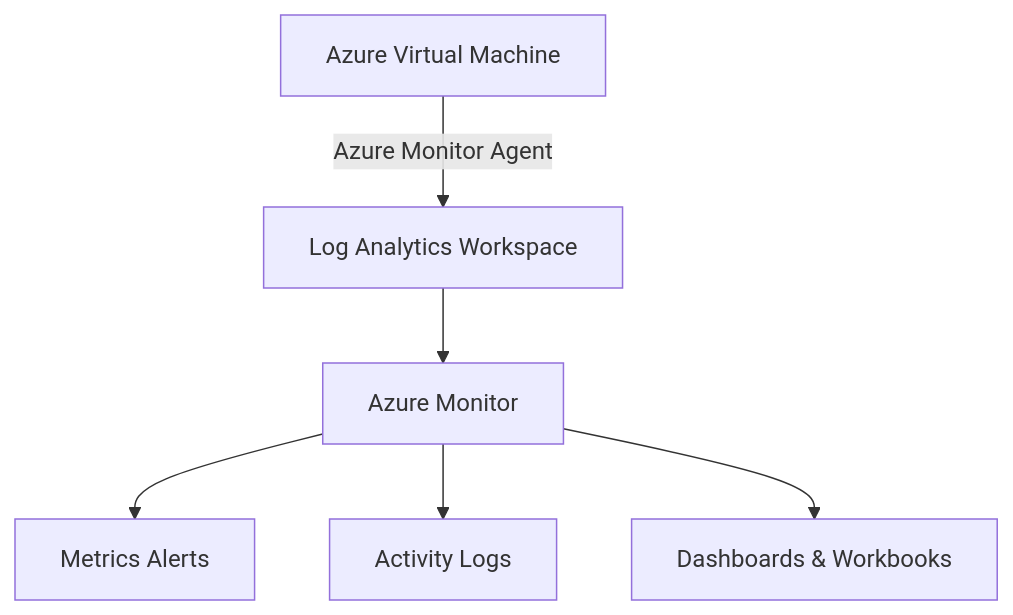
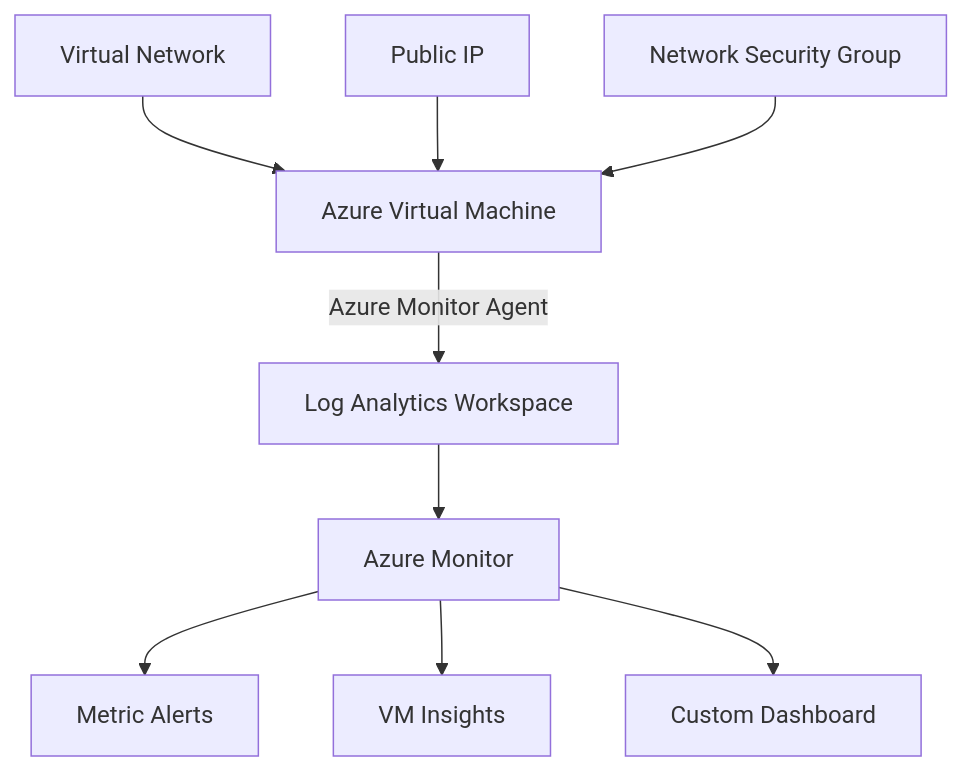
One commit to atulkamble/azure-monitor-project changed the diagram in README.md. Above: the diagram before and after it, drawn with Mermaid. The commit also changed other lines of this file, not shown here.

````diff
--- a/README.md
+++ b/README.md
@@ -18,8 +18,11 @@
 ```mermaid
 flowchart TD
     A[Azure Virtual Machine] -->|Azure Monitor Agent| B[Log Analytics Workspace]
     B --> C[Azure Monitor]
-    C --> D[Metrics Alerts]
-    C --> E[Activity Logs]
-    C --> F[Dashboards & Workbooks]
+    C --> D[Metric Alerts]
+    C --> E[VM Insights]
+    C --> F[Custom Dashboard]
+    G[Virtual Network] --> A
+    H[Public IP] --> A
+    I[Network Security Group] --> A
 ```
````
